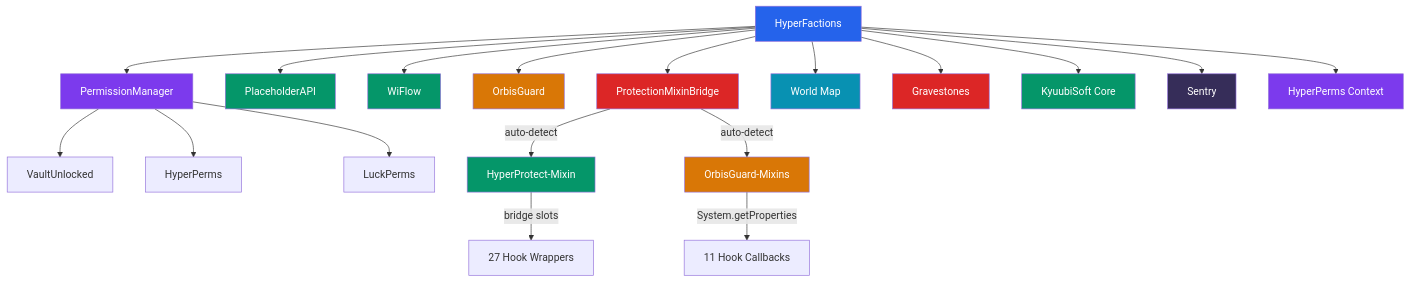
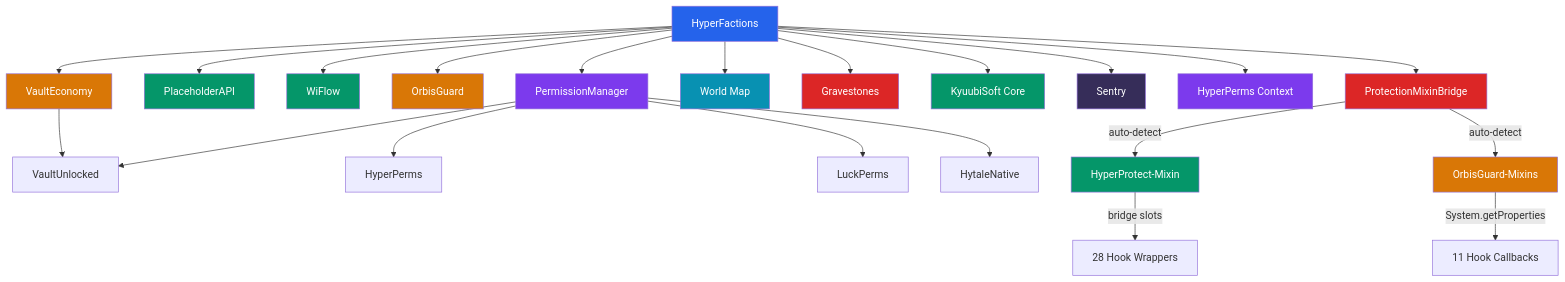
One commit to HyperSystems-Development/HyperFactions changed the first of 2 diagrams in docs/integrations.md. Above: the diagram before and after it, drawn with Mermaid. The commit also changed other lines of this file and 19 other files, not shown here.

````diff
--- a/docs/integrations.md
+++ b/docs/integrations.md
@@ -29,36 +29,41 @@
 ```mermaid
 graph TD
     HF[HyperFactions] --> PM[PermissionManager]
     HF --> PAPI[PlaceholderAPI]
     HF --> WF[WiFlow]
     HF --> OG[OrbisGuard]
     HF --> PMB[ProtectionMixinBridge]
     HF --> WM[World Map]
     HF --> GS[Gravestones]
     HF --> KS[KyuubiSoft Core]
     HF --> SN[Sentry]
     HF --> HPC[HyperPerms Context]
+    HF --> VE[VaultEconomy]
 
     PM --> VU[VaultUnlocked]
     PM --> HPP[HyperPerms]
     PM --> LP[LuckPerms]
+    PM --> HN[HytaleNative]
+
+    VE --> VU
 
     PMB -->|auto-detect| HPM[HyperProtect-Mixin]
     PMB -->|auto-detect| OGM[OrbisGuard-Mixins]
-    HPM -->|bridge slots| HPHooks[27 Hook Wrappers]
+    HPM -->|bridge slots| HPHooks[28 Hook Wrappers]
     OGM -->|System.getProperties| OGHooks[11 Hook Callbacks]
 
     style HF fill:#2563eb,color:#fff
     style PM fill:#7c3aed,color:#fff
     style PAPI fill:#059669,color:#fff
     style WF fill:#059669,color:#fff
     style OG fill:#d97706,color:#fff
     style PMB fill:#dc2626,color:#fff
     style HPM fill:#059669,color:#fff
     style OGM fill:#d97706,color:#fff
     style WM fill:#0891b2,color:#fff
     style GS fill:#dc2626,color:#fff
     style KS fill:#059669,color:#fff
     style SN fill:#362d59,color:#fff
     style HPC fill:#7c3aed,color:#fff
+    style VE fill:#d97706,color:#fff
 ```
````
